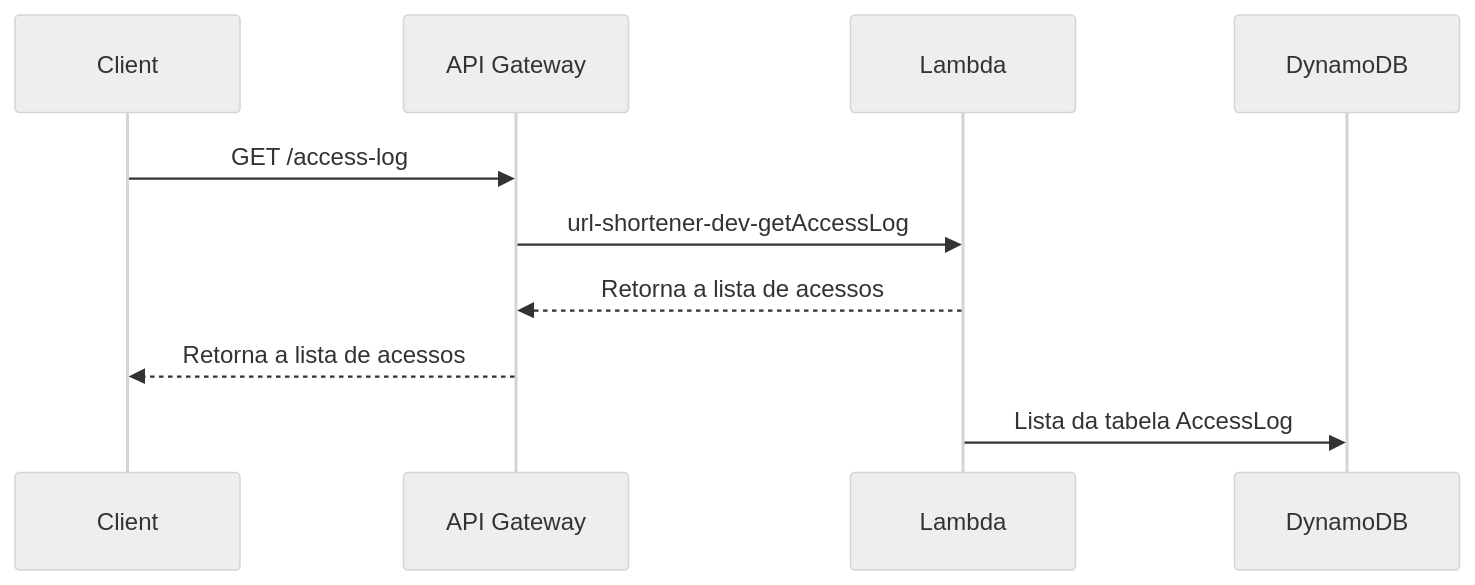
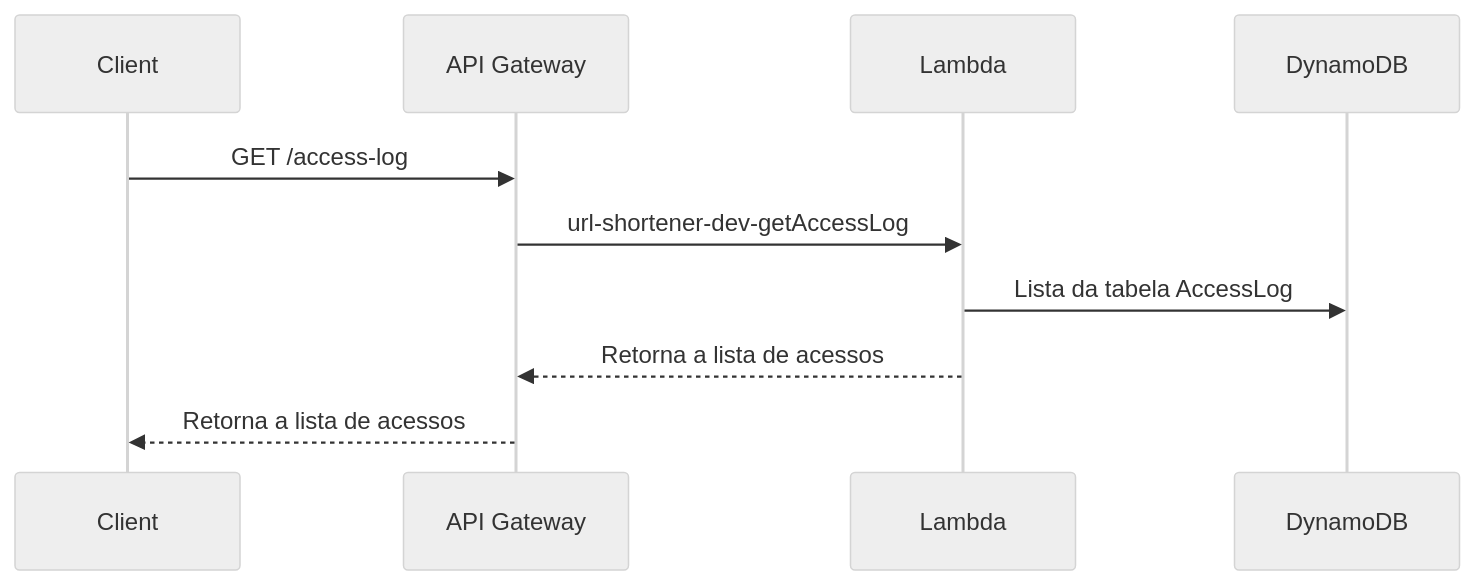
One commit to guimathiago/url-shortener changed the fourth of 4 diagrams in README.md. Above: the diagram before and after it, drawn with Mermaid (neutral theme). The commit also changed other lines of this file, not shown here.

````diff
--- a/README.md
+++ b/README.md
@@ -116,13 +117,13 @@
 ```mermaid
 sequenceDiagram
 participant Client
 participant API Gateway
 participant Lambda
 participant DynamoDB
 
 Client->>API Gateway: GET /access-log
 API Gateway->>Lambda: url-shortener-dev-getAccessLog
+Lambda->>DynamoDB: Lista da tabela AccessLog
 Lambda-->>API Gateway: Retorna a lista de acessos
 API Gateway-->>Client: Retorna a lista de acessos
-Lambda->>DynamoDB: Lista da tabela AccessLog
 ```
````
